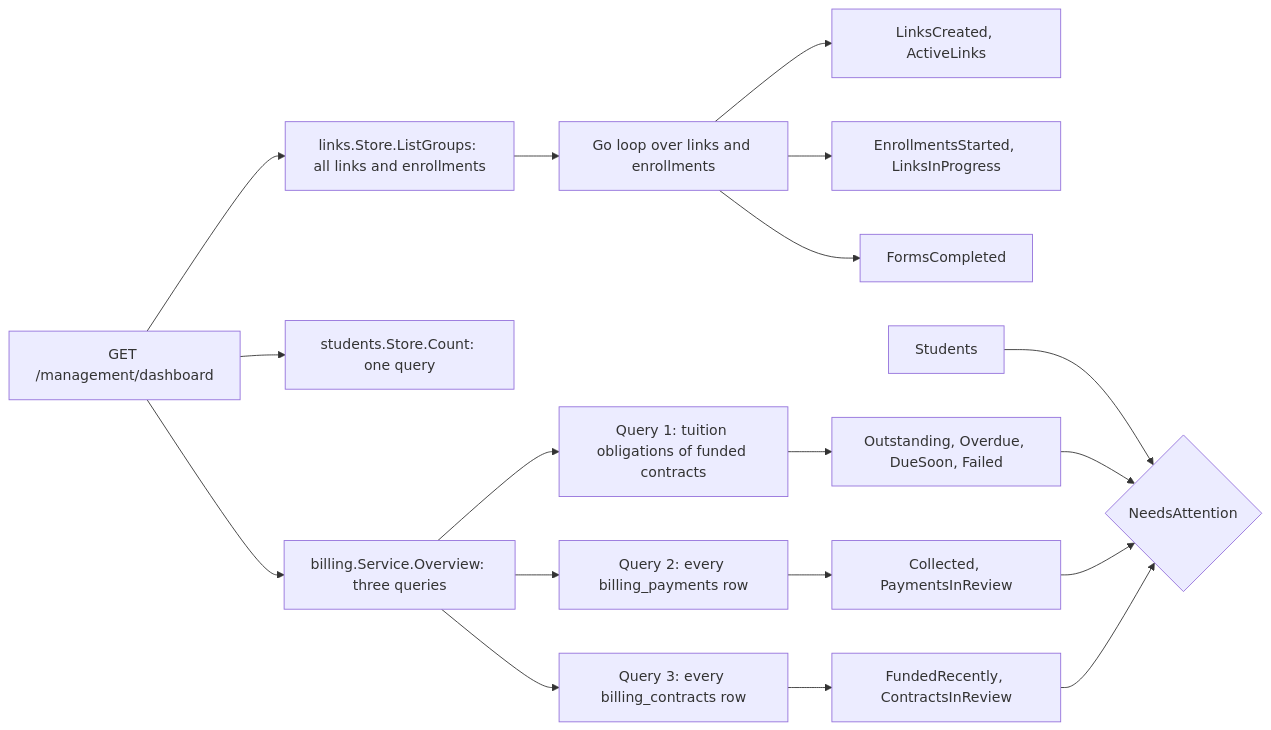
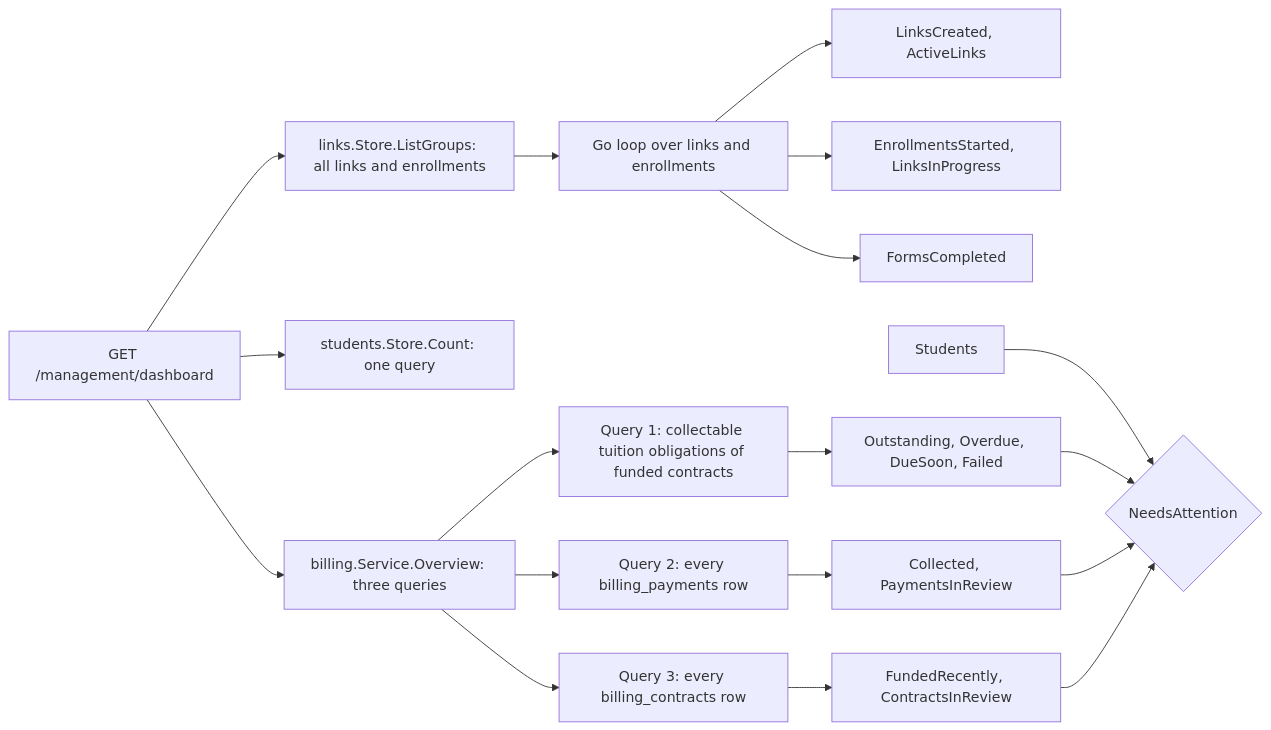
One commit to devGabriel131/ProjectHermes changed the diagram in docs/management/dashboard.md. Above: the diagram before and after it, drawn with Mermaid. The commit also changed other lines of this file and 34 other files, not shown here.

````diff
--- a/docs/management/dashboard.md
+++ b/docs/management/dashboard.md
@@ -9,20 +9,20 @@
 ```mermaid
 flowchart LR
     Handler["GET /management/dashboard"] --> Links["links.Store.ListGroups: all links and enrollments"]
     Handler --> Count["students.Store.Count: one query"]
     Handler --> Overview["billing.Service.Overview: three queries"]
     Links --> Loop["Go loop over links and enrollments"]
     Loop --> Sent["LinksCreated, ActiveLinks"]
     Loop --> Started["EnrollmentsStarted, LinksInProgress"]
     Loop --> Forms["FormsCompleted"]
-    Overview --> Q1["Query 1: tuition obligations of funded contracts"]
+    Overview --> Q1["Query 1: collectable tuition obligations of funded contracts"]
     Overview --> Q2["Query 2: every billing_payments row"]
     Overview --> Q3["Query 3: every billing_contracts row"]
     Q1 --> Money["Outstanding, Overdue, DueSoon, Failed"]
     Q2 --> Cash["Collected, PaymentsInReview"]
     Q3 --> Contracts["FundedRecently, ContractsInReview"]
     Students --> Attention{"NeedsAttention"}
     Money --> Attention
     Cash --> Attention
     Contracts --> Attention
 ```
````
